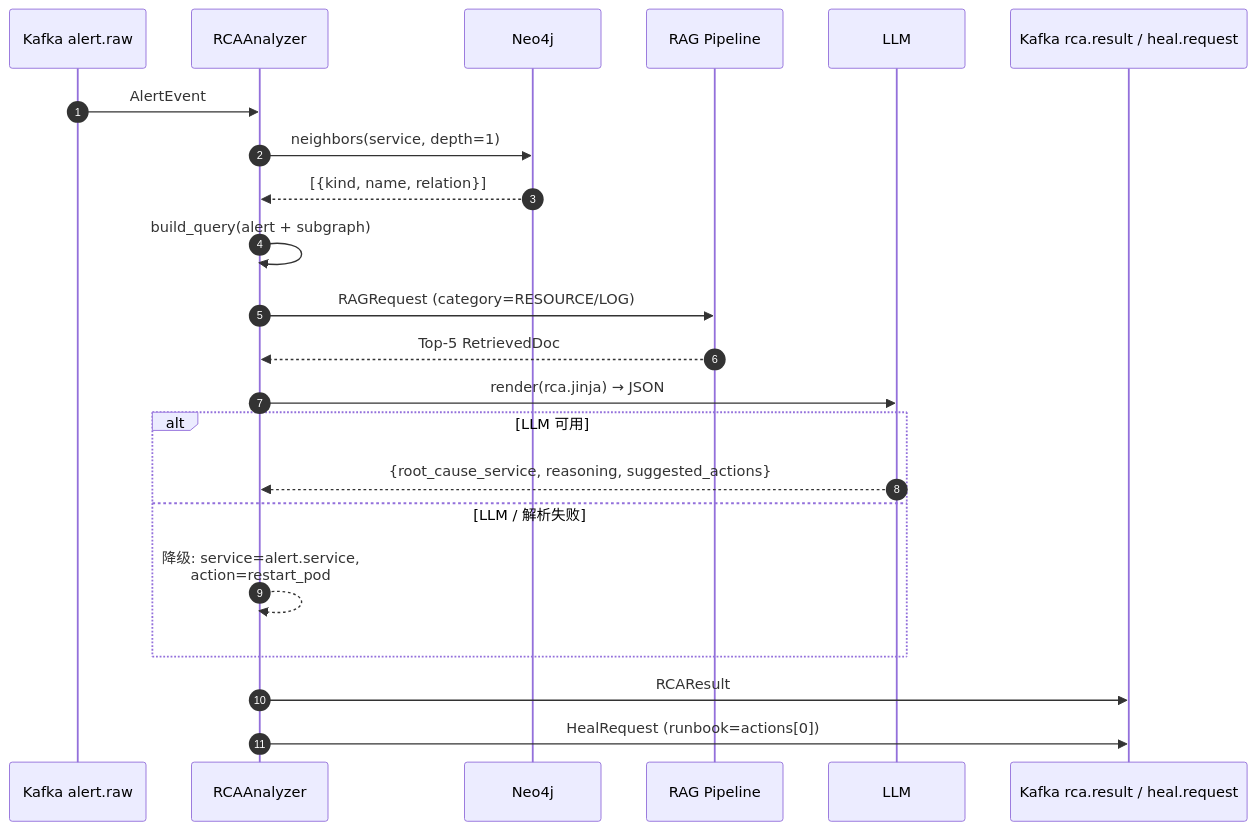
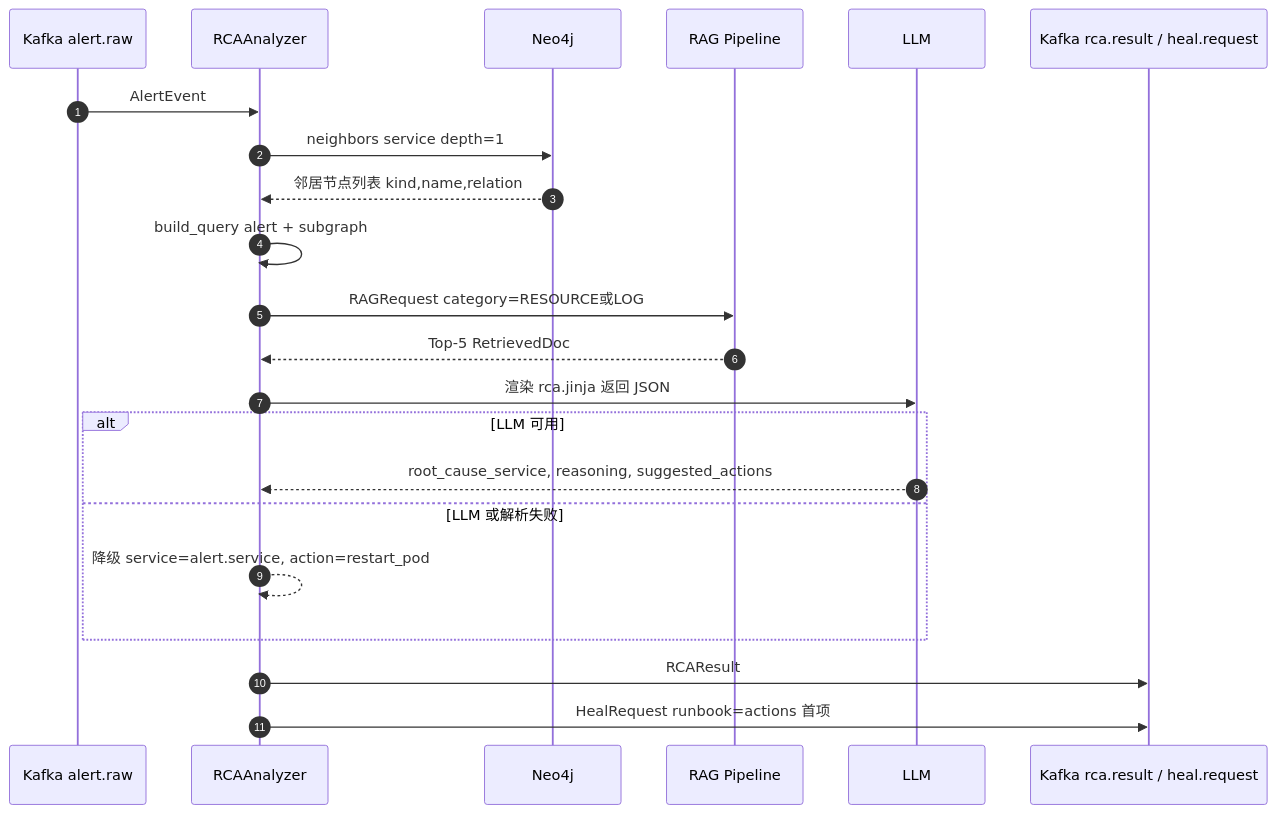
The seventh of 11 diagrams in SYSTEM_DESIGN.md (AlisLi/AIOps-Agent), drawn with Mermaid before and after one commit. The commit also changed other lines of this file, not shown here.

````diff
--- a/SYSTEM_DESIGN.md
+++ b/SYSTEM_DESIGN.md
@@ -315,25 +315,25 @@
 ```mermaid
 sequenceDiagram
     autonumber
     participant K as Kafka alert.raw
     participant RCA as RCAAnalyzer
     participant N as Neo4j
     participant RAG as RAG Pipeline
     participant LLM as LLM
     participant OUT as Kafka rca.result / heal.request
 
     K->>RCA: AlertEvent
-    RCA->>N: neighbors(service, depth=1)
-    N-->>RCA: [{kind, name, relation}]
-    RCA->>RCA: build_query(alert + subgraph)
-    RCA->>RAG: RAGRequest (category=RESOURCE/LOG)
+    RCA->>N: neighbors service depth=1
+    N-->>RCA: 邻居节点列表 kind,name,relation
+    RCA->>RCA: build_query alert + subgraph
+    RCA->>RAG: RAGRequest category=RESOURCE或LOG
     RAG-->>RCA: Top-5 RetrievedDoc
-    RCA->>LLM: render(rca.jinja) → JSON
+    RCA->>LLM: 渲染 rca.jinja 返回 JSON
     alt LLM 可用
-        LLM-->>RCA: {root_cause_service, reasoning, suggested_actions}
-    else LLM / 解析失败
-        RCA-->>RCA: 降级: service=alert.service,<br/>action=restart_pod
+        LLM-->>RCA: root_cause_service, reasoning, suggested_actions
+    else LLM 或解析失败
+        RCA-->>RCA: 降级 service=alert.service, action=restart_pod
     end
     RCA->>OUT: RCAResult
-    RCA->>OUT: HealRequest (runbook=actions[0])
+    RCA->>OUT: HealRequest runbook=actions 首项
 ```
````
